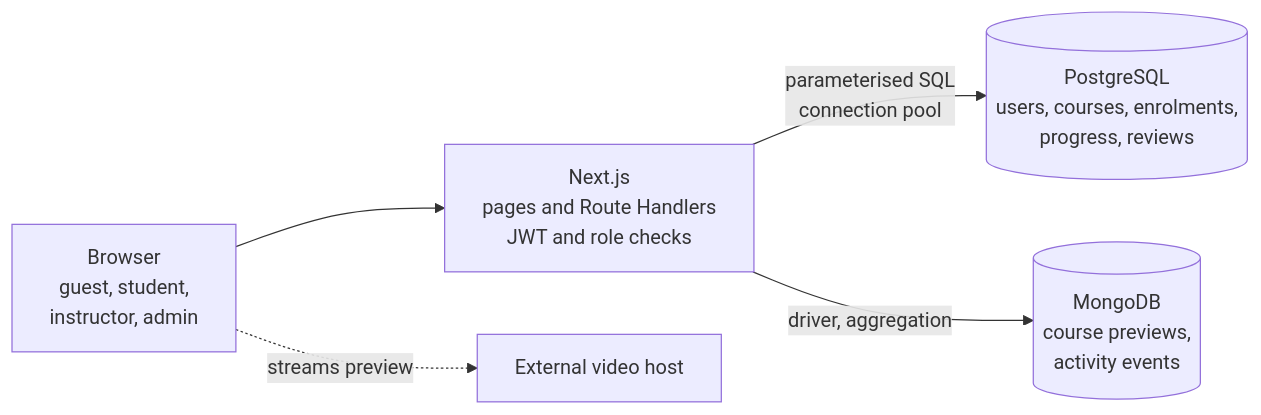
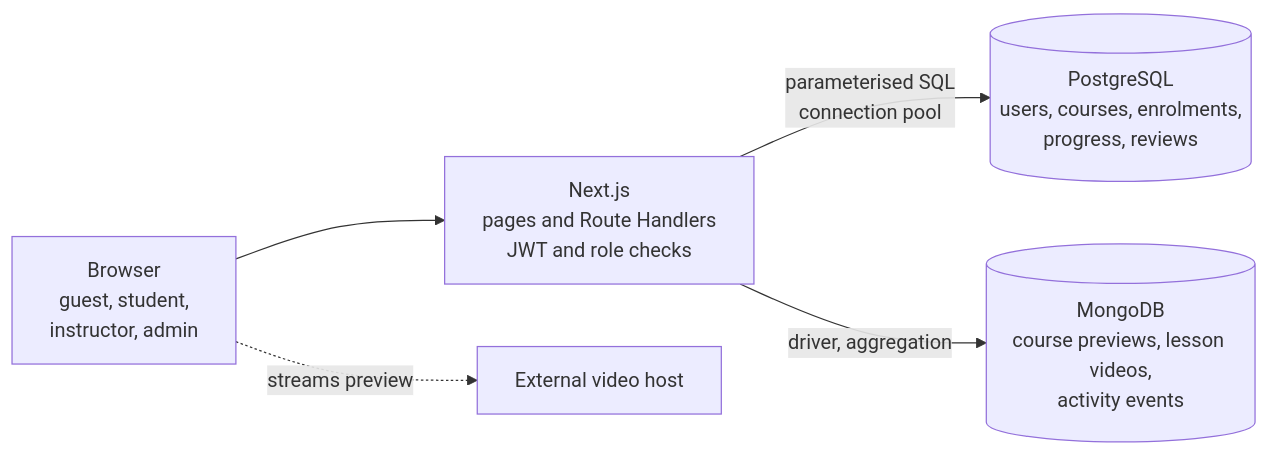
One commit to reddyritesh33-bit/mini-udemy changed the first of 2 diagrams in README.md. Above: the diagram before and after it, drawn with Mermaid. The commit also changed other lines of this file and 8 other files, not shown here.

First line of the commit message:
Add lesson videos

````diff
--- a/README.md
+++ b/README.md
@@ -37,7 +37,7 @@
 ```mermaid
 flowchart LR
   B[Browser<br/>guest, student,<br/>instructor, admin] --> N[Next.js<br/>pages and Route Handlers<br/>JWT and role checks]
   N -- parameterised SQL<br/>connection pool --> P[(PostgreSQL<br/>users, courses, enrolments,<br/>progress, reviews)]
-  N -- driver, aggregation --> M[(MongoDB<br/>course previews,<br/>activity events)]
+  N -- driver, aggregation --> M[(MongoDB<br/>course previews, lesson videos,<br/>activity events)]
   B -. streams preview .-> Y[External video host]
 ```
````
